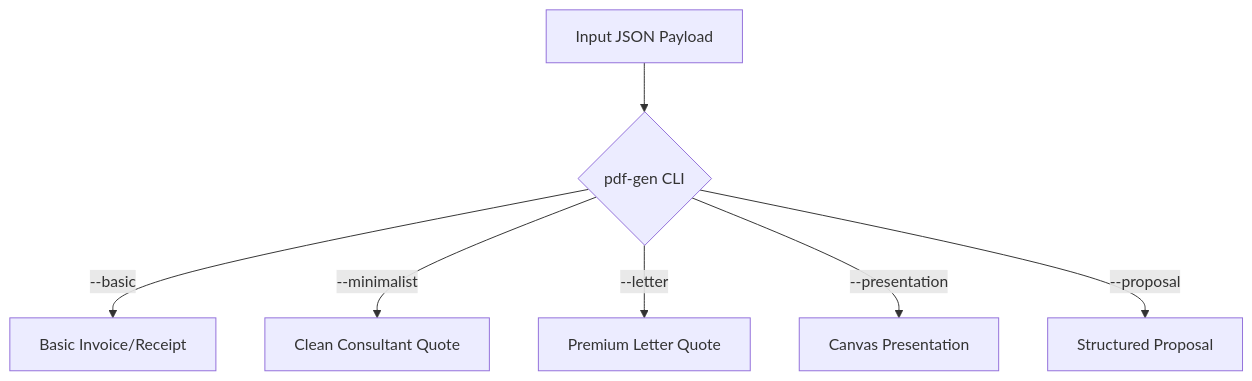
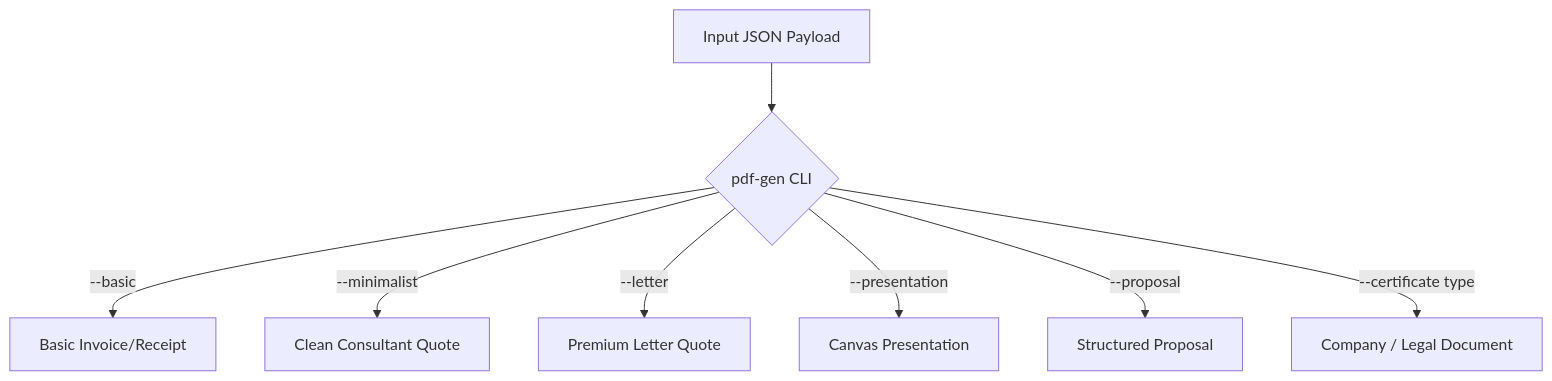
Before and after one commit to quantum-encoding/zig-forge: the diagram in programs/zig_pdf_generator/README.md, drawn with Mermaid. The commit also changed other lines of this file and 1 other file, not shown here.

````diff
--- a/programs/zig_pdf_generator/README.md
+++ b/programs/zig_pdf_generator/README.md
@@ -59,9 +59,10 @@
 ```mermaid
 graph TD
     JSON[Input JSON Payload] --> CLI{pdf-gen CLI}
     CLI -->|--basic| T1[Basic Invoice/Receipt]
     CLI -->|--minimalist| T2[Clean Consultant Quote]
     CLI -->|--letter| T3[Premium Letter Quote]
     CLI -->|--presentation| T4[Canvas Presentation]
     CLI -->|--proposal| T5[Structured Proposal]
+    CLI -->|--certificate type| T6[Company / Legal Document]
 ```
````
